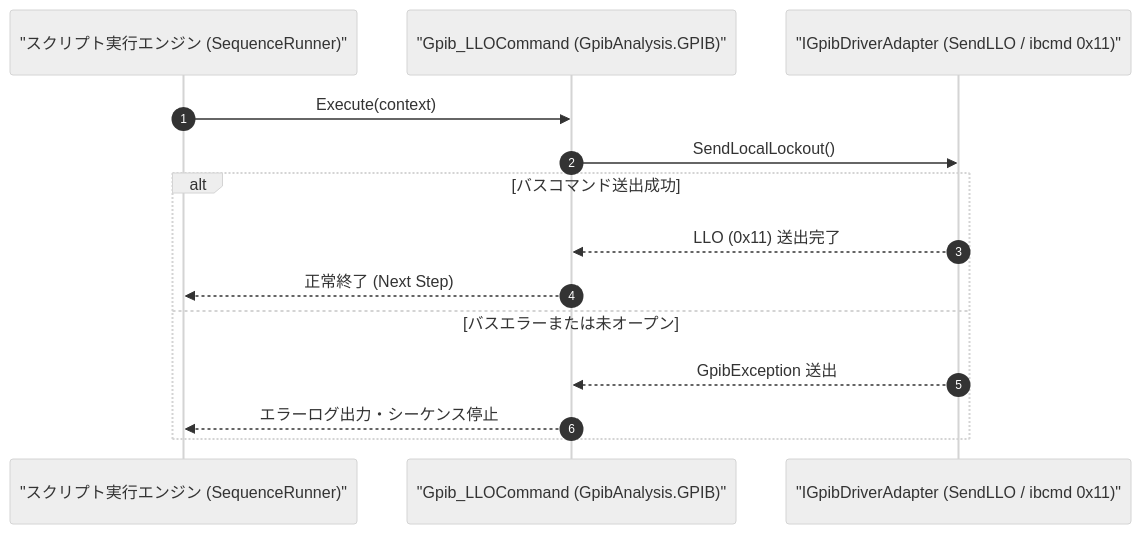
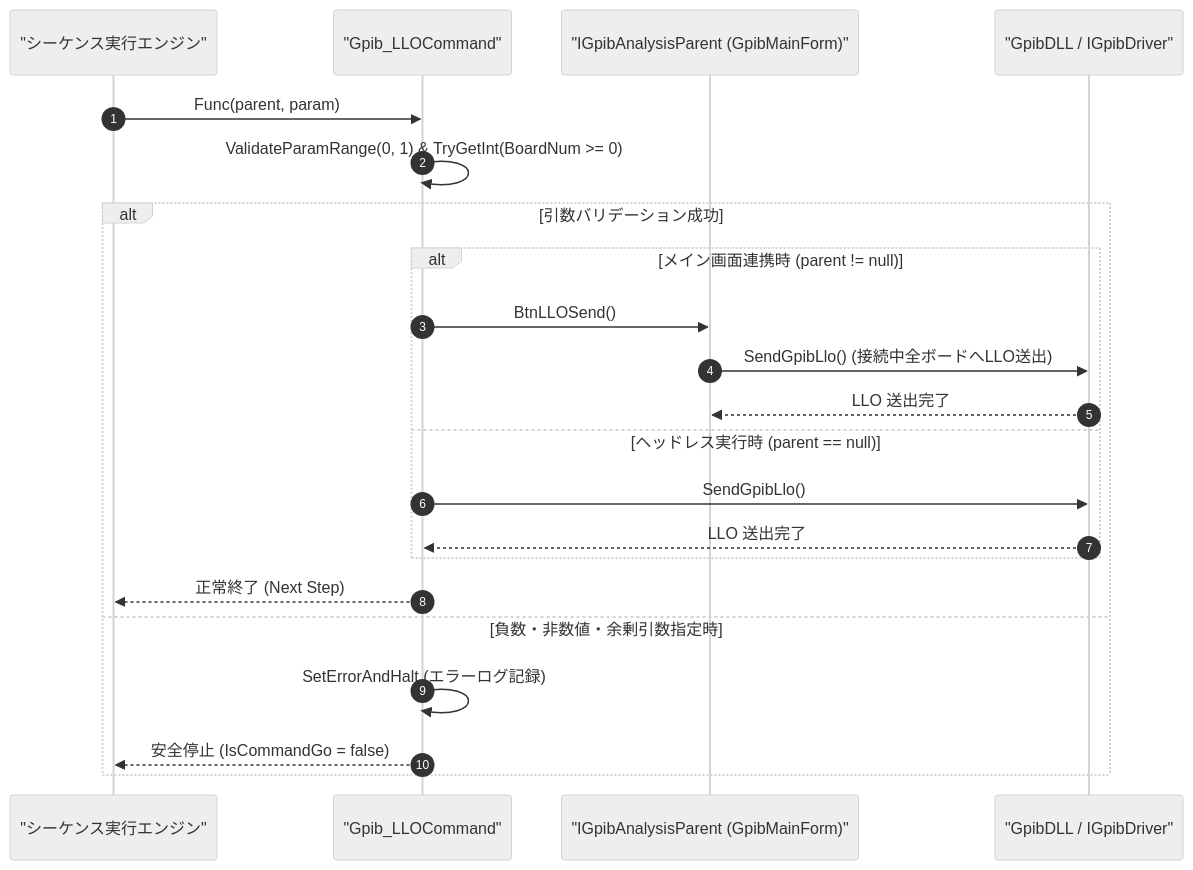
Before and after one commit to Monaca-App/GpibAddIn: the diagram in Manual/GPIB/Gpib_LLO.Md, drawn with Mermaid (neutral theme). The commit also changed other lines of this file and 32 other files, not shown here.

````diff
--- a/Manual/GPIB/Gpib_LLO.Md
+++ b/Manual/GPIB/Gpib_LLO.Md
@@ -66,17 +67,25 @@
 ```mermaid
 sequenceDiagram
     autonumber
-    participant Script as "スクリプト実行エンジン (SequenceRunner)"
-    participant Cmd as "Gpib_LLOCommand (GpibAnalysis.GPIB)"
-    participant Drv as "IGpibDriverAdapter (SendLLO / ibcmd 0x11)"
+    participant Script as "シーケンス実行エンジン"
+    participant Cmd as "Gpib_LLOCommand"
+    participant Parent as "IGpibAnalysisParent (GpibMainForm)"
+    participant Dll as "GpibDLL / IGpibDriver"
 
-    Script->>Cmd: Execute(context)
-    Cmd->>Drv: SendLocalLockout()
-    alt バスコマンド送出成功
-        Drv-->>Cmd: LLO (0x11) 送出完了
+    Script->>Cmd: Func(parent, param)
+    Cmd->>Cmd: ValidateParamRange(0, 1) & TryGetInt(BoardNum >= 0)
+    alt 引数バリデーション成功
+        alt メイン画面連携時 (parent != null)
+            Cmd->>Parent: BtnLLOSend()
+            Parent->>Dll: SendGpibLlo() (接続中全ボードへLLO送出)
+            Dll-->>Parent: LLO 送出完了
+        else ヘッドレス実行時 (parent == null)
+            Cmd->>Dll: SendGpibLlo()
+            Dll-->>Cmd: LLO 送出完了
+        end
         Cmd-->>Script: 正常終了 (Next Step)
-    else バスエラーまたは未オープン
-        Drv-->>Cmd: GpibException 送出
-        Cmd-->>Script: エラーログ出力・シーケンス停止
+    else 負数・非数値・余剰引数指定時
+        Cmd->>Cmd: SetErrorAndHalt (エラーログ記録)
+        Cmd-->>Script: 安全停止 (IsCommandGo = false)
     end
 ```
````
